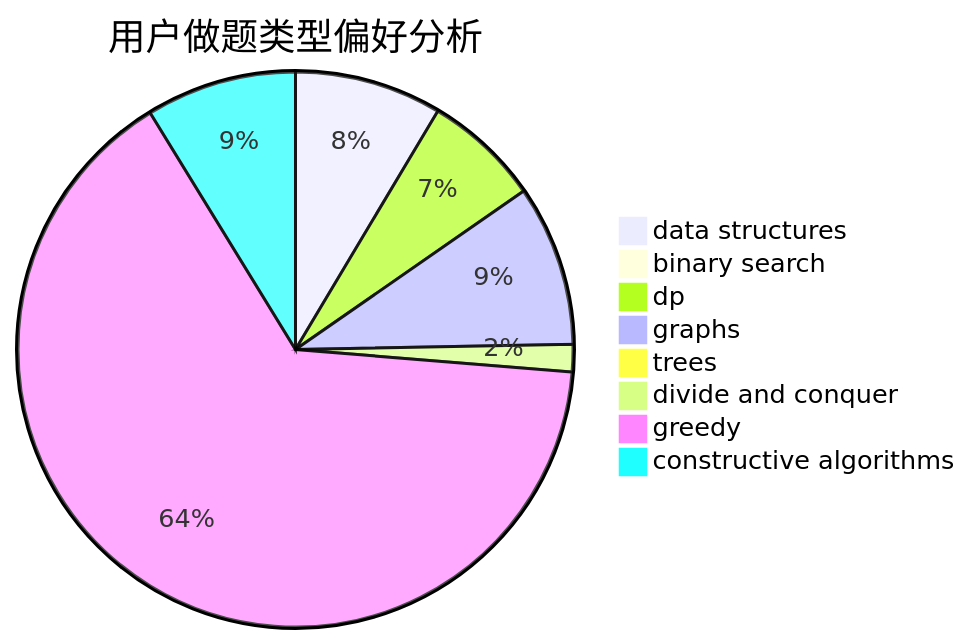
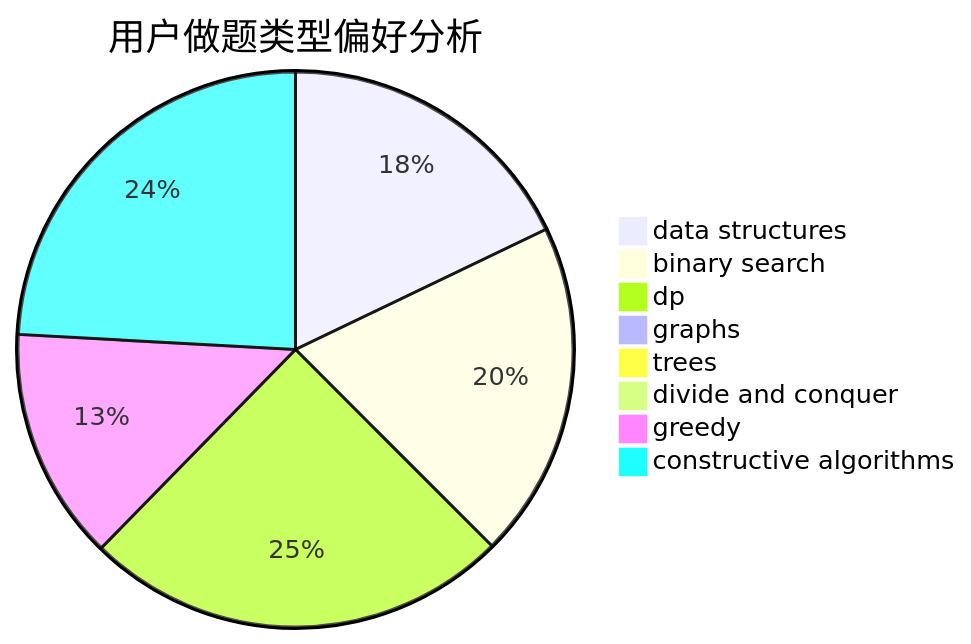
Before and after one commit to sherpahu/cfrs.github.io: the second of 3 diagrams in docs/user/u554.md, drawn with Mermaid. The commit also changed other lines of this file and 2770 other files, not shown here.

````diff
--- a/docs/user/u554.md
+++ b/docs/user/u554.md
@@ -23,11 +23,11 @@
 ```mermaid
 pie title 用户做题类型偏好分析
-    "data structures" :  43
-    "binary search" :  4
-    "dp" :  34
-    "graphs" :  47
-    "trees" :  3
-    "divide and conquer" :  8
-    "greedy" :  326
-    "constructive algorithms" :  44
+    "data structures" :  103
+    "binary search" :  113
+    "dp" :  143
+    "graphs" :  0
+    "trees" :  1
+    "divide and conquer" :  1
+    "greedy" :  78
+    "constructive algorithms" :  139
 ```
````
